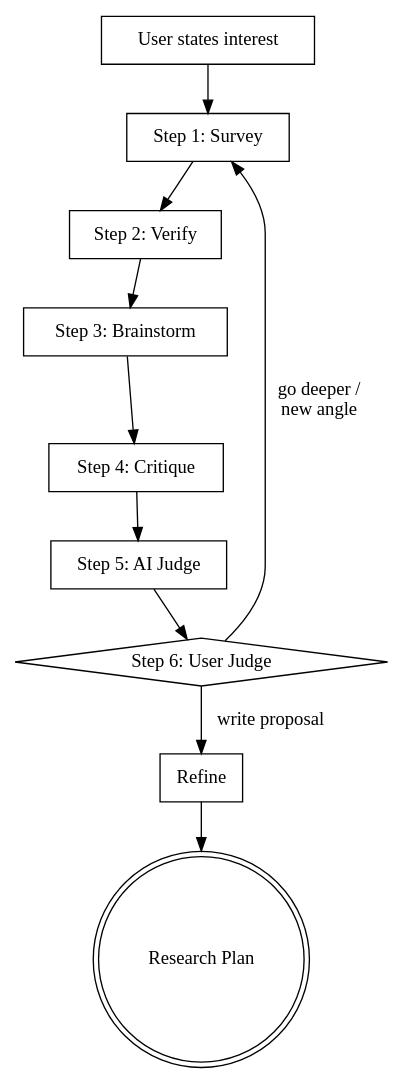
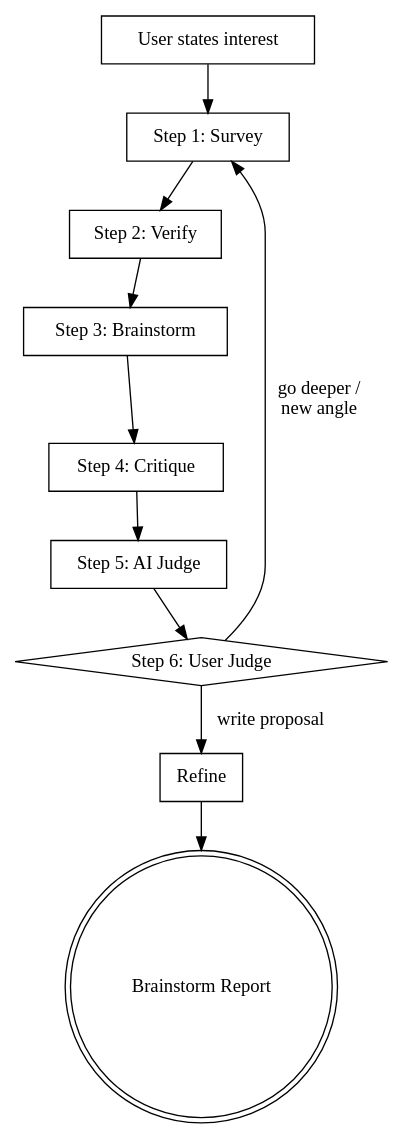
The second of 2 diagrams in skills/sci-brainstorm/SKILL.md (QuantumBFS/sci-brain), drawn with Graphviz before and after one commit. The commit also changed other lines of this file and 3 other files, not shown here.

````diff
--- a/skills/sci-brainstorm/SKILL.md
+++ b/skills/sci-brainstorm/SKILL.md
@@ -45,23 +65,23 @@
 ```dot
 digraph sci_brainstorm {
     "User states interest" [shape=box];
     "Step 1: Survey" [shape=box];
     "Step 2: Verify" [shape=box];
     "Step 3: Brainstorm" [shape=box];
     "Step 4: Critique" [shape=box];
     "Step 5: AI Judge" [shape=box];
     "Step 6: User Judge" [shape=diamond];
     "Refine" [shape=box];
-    "Research Plan" [shape=doublecircle];
+    "Brainstorm Report" [shape=doublecircle];
 
     "User states interest" -> "Step 1: Survey";
     "Step 1: Survey" -> "Step 2: Verify";
     "Step 2: Verify" -> "Step 3: Brainstorm";
     "Step 3: Brainstorm" -> "Step 4: Critique";
     "Step 4: Critique" -> "Step 5: AI Judge";
     "Step 5: AI Judge" -> "Step 6: User Judge";
     "Step 6: User Judge" -> "Step 1: Survey" [label="go deeper /\nnew angle"];
     "Step 6: User Judge" -> "Refine" [label="write proposal"];
-    "Refine" -> "Research Plan";
+    "Refine" -> "Brainstorm Report";
 }
 ```
````
